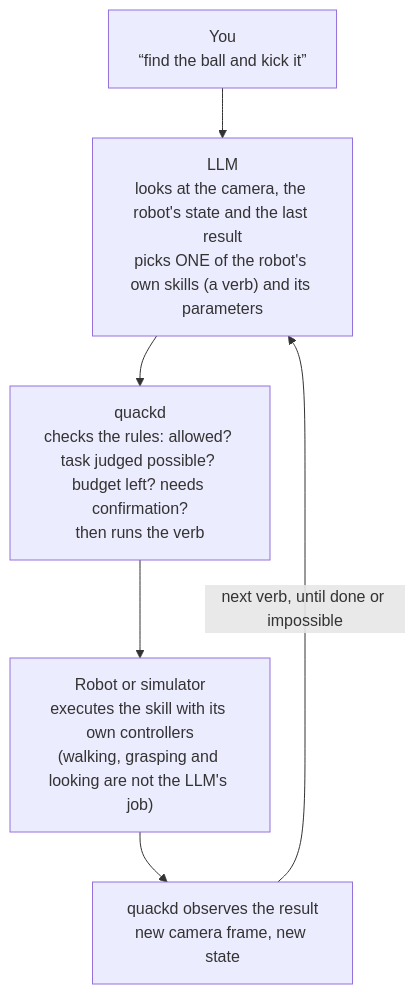
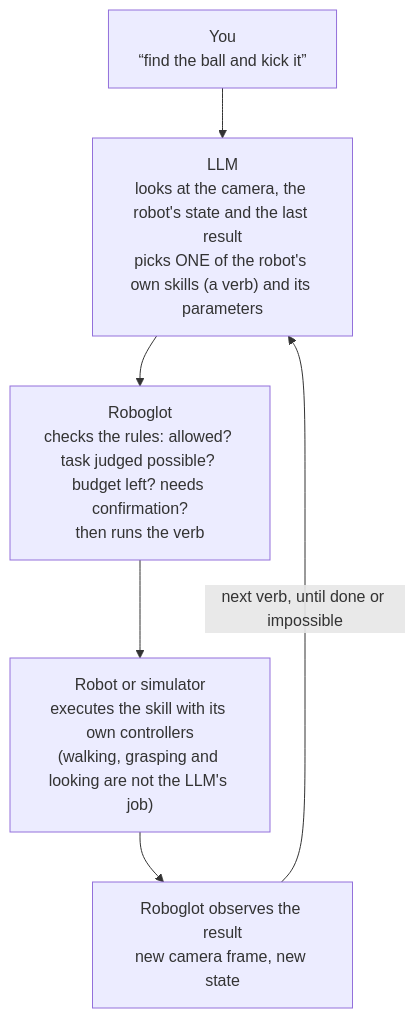
One commit to rokbenko/quackd changed the first of 2 diagrams in README.md. Above: the diagram before and after it, drawn with Mermaid. The commit also changed other lines of this file and 1857 other files, not shown here.

````diff
--- a/README.md
+++ b/README.md
@@ -397,10 +397,10 @@
 ```mermaid
 flowchart TD
     YOU["You<br/>“find the ball and kick it”"]
     LLM["LLM<br/>looks at the camera, the robot's state and the last result<br/>picks ONE of the robot's own skills (a verb) and its parameters"]
-    Q["quackd<br/>checks the rules: allowed? task judged possible? budget left? needs confirmation?<br/>then runs the verb"]
+    Q["Roboglot<br/>checks the rules: allowed? task judged possible? budget left? needs confirmation?<br/>then runs the verb"]
     R["Robot or simulator<br/>executes the skill with its own controllers<br/>(walking, grasping and looking are not the LLM's job)"]
-    O["quackd observes the result<br/>new camera frame, new state"]
+    O["Roboglot observes the result<br/>new camera frame, new state"]
     YOU --> LLM --> Q --> R --> O
     O -- "next verb, until done or impossible" --> LLM
 ```
````
